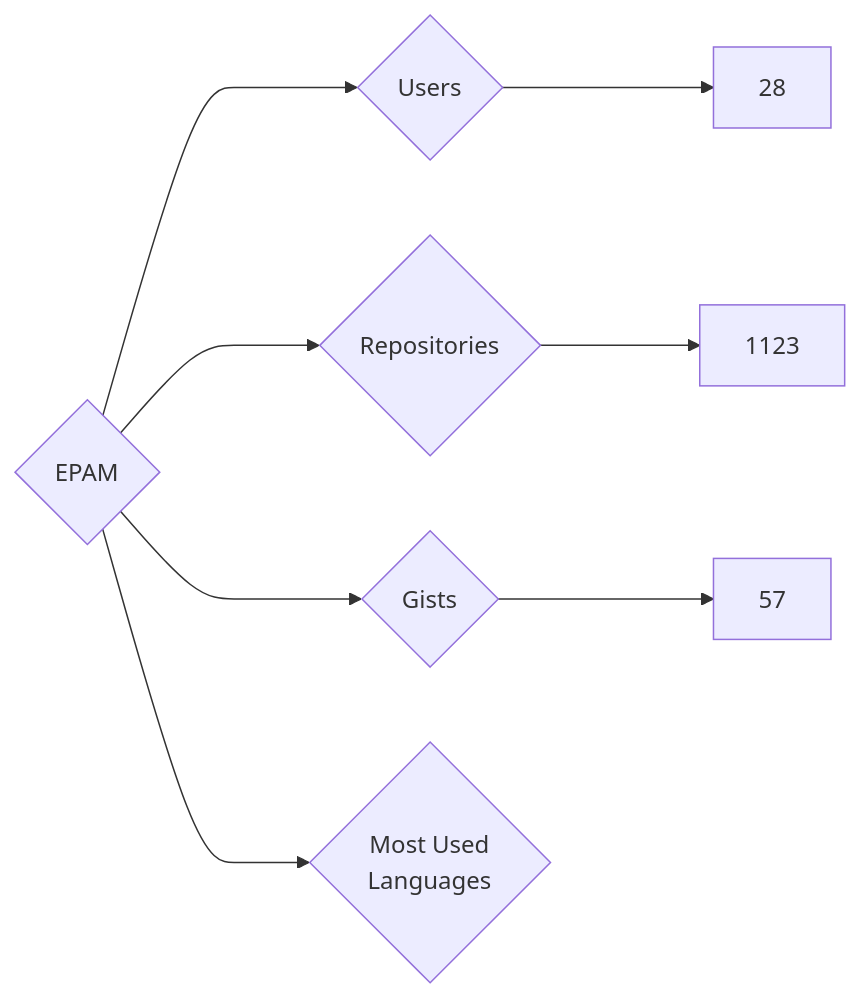
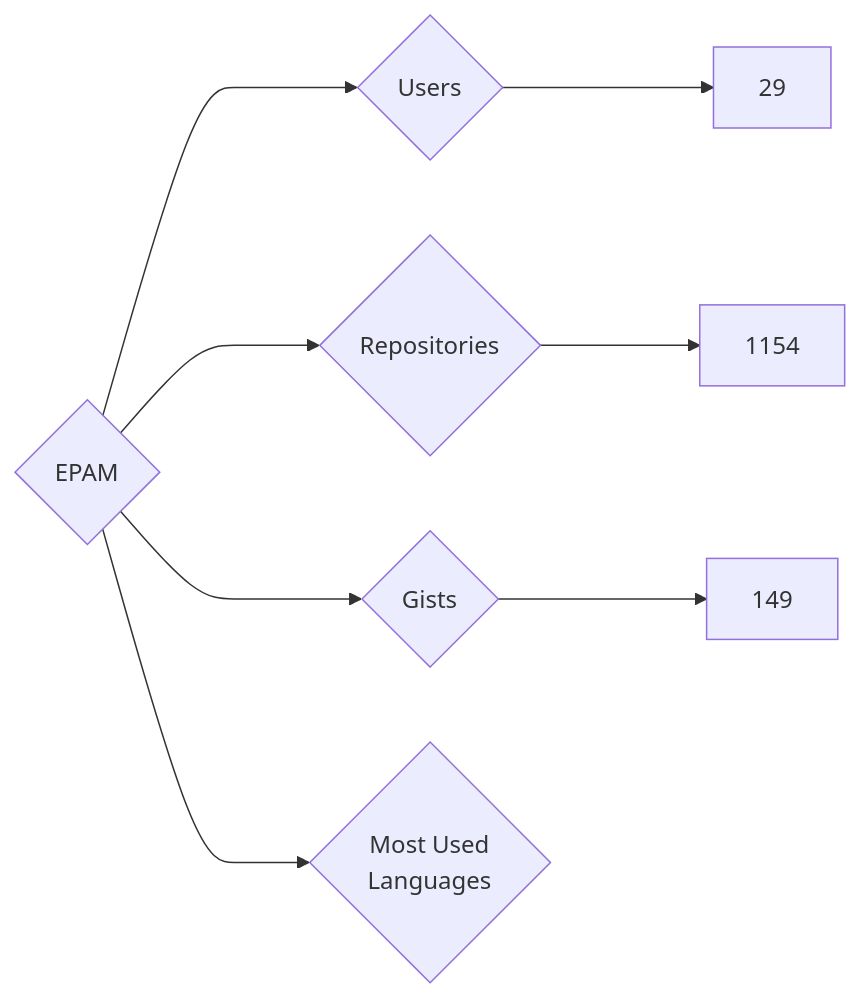
The diagram in targets/EPAM/README.md (nenadzaric/insiders), drawn with Mermaid before and after one commit. The commit also changed 1342 other files, not shown here.

````diff
--- a/targets/EPAM/README.md
+++ b/targets/EPAM/README.md
@@ -3,8 +3,8 @@
 ```mermaid
 graph LR
 COMPANY_NAME{EPAM}
-COMPANY_NAME ---> U{Users} ---> UN[28]
-COMPANY_NAME ---> R{Repositories} ---> RN[1123]
-COMPANY_NAME ---> G{Gists} ---> GN[57]
+COMPANY_NAME ---> U{Users} ---> UN[29]
+COMPANY_NAME ---> R{Repositories} ---> RN[1154]
+COMPANY_NAME ---> G{Gists} ---> GN[149]
 COMPANY_NAME ---> ML{Most Used<br>Languages}
 ```
````
